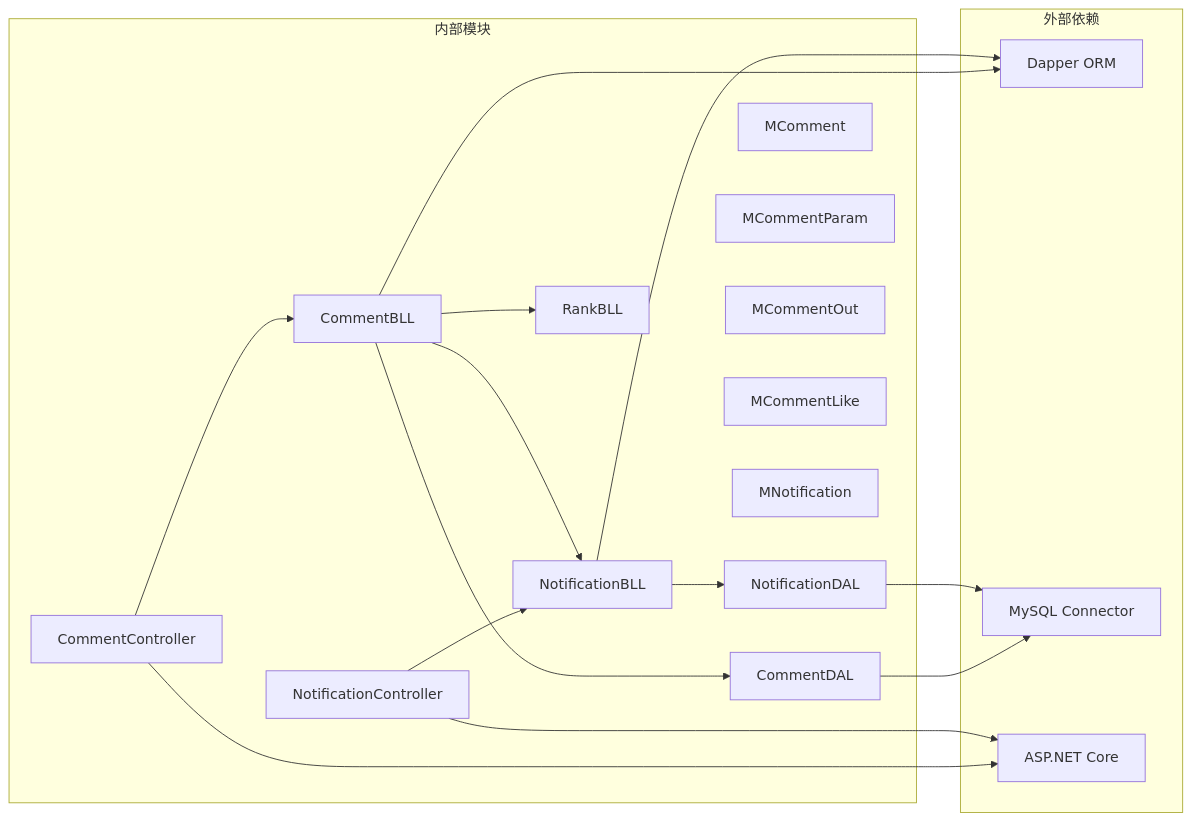
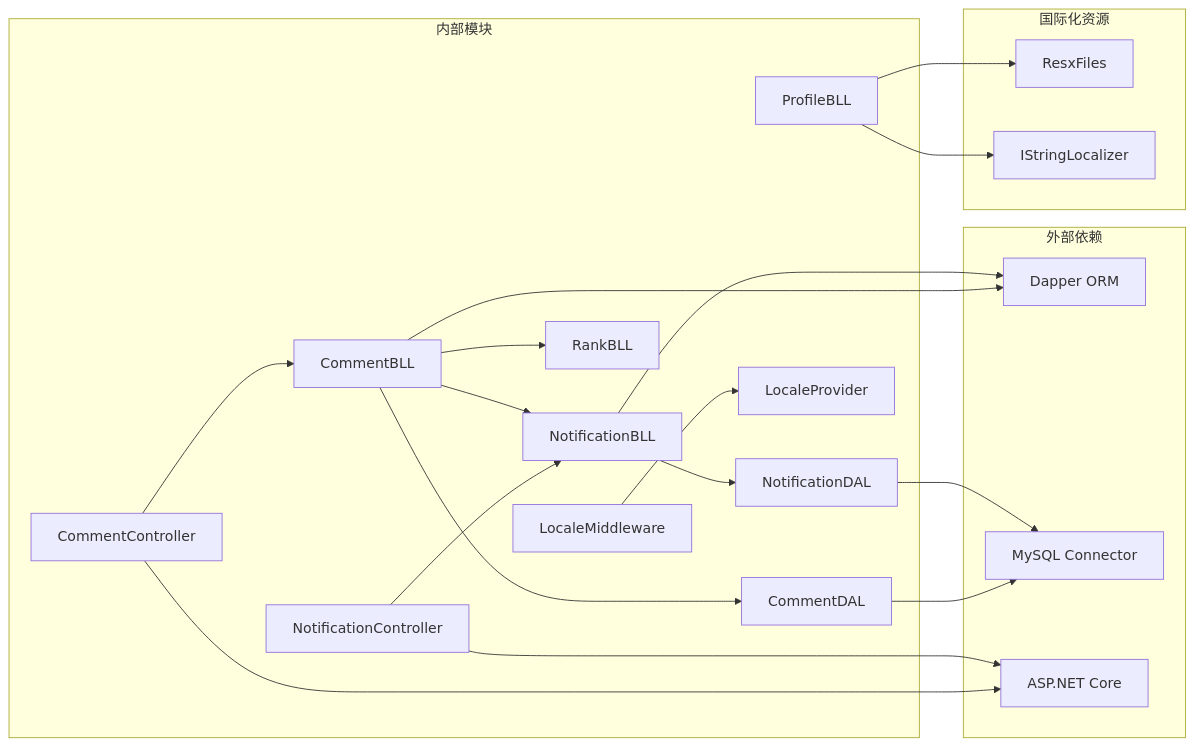
One commit to TinyMaD/SpeedRunnersLab changed the seventh of 7 diagrams in .qoder/repowiki/zh/content/API 接口参考/评论系统 API.md. Above: the diagram before and after it, drawn with Mermaid. The commit also changed other lines of this file and 34 other files, not shown here.

````diff
--- a/.qoder/repowiki/zh/content/API 接口参考/评论系统 API.md
+++ b/.qoder/repowiki/zh/content/API 接口参考/评论系统 API.md
@@ -442,34 +567,39 @@
 ```mermaid
 graph LR
 subgraph "外部依赖"
 Dapper[Dapper ORM]
 MySQL[MySQL Connector]
 ASPNET[ASP.NET Core]
 end
 subgraph "内部模块"
 CommentController
 NotificationController
 CommentBLL
 NotificationBLL
 RankBLL
 CommentDAL
 NotificationDAL
-MComment
-MCommentParam
-MCommentOut
-MCommentLike
-MNotification
+ProfileBLL
+LocaleMiddleware
+LocaleProvider
+end
+subgraph "国际化资源"
+ResxFiles
+IStringLocalizer
 end
 CommentController --> CommentBLL
 NotificationController --> NotificationBLL
 CommentBLL --> CommentDAL
 CommentBLL --> NotificationBLL
 CommentBLL --> RankBLL
 NotificationBLL --> NotificationDAL
+ProfileBLL --> ResxFiles
+ProfileBLL --> IStringLocalizer
+LocaleMiddleware --> LocaleProvider
 CommentDAL --> MySQL
 NotificationDAL --> MySQL
 CommentBLL --> Dapper
 NotificationBLL --> Dapper
 CommentController --> ASPNET
 NotificationController --> ASPNET
 ```
````
